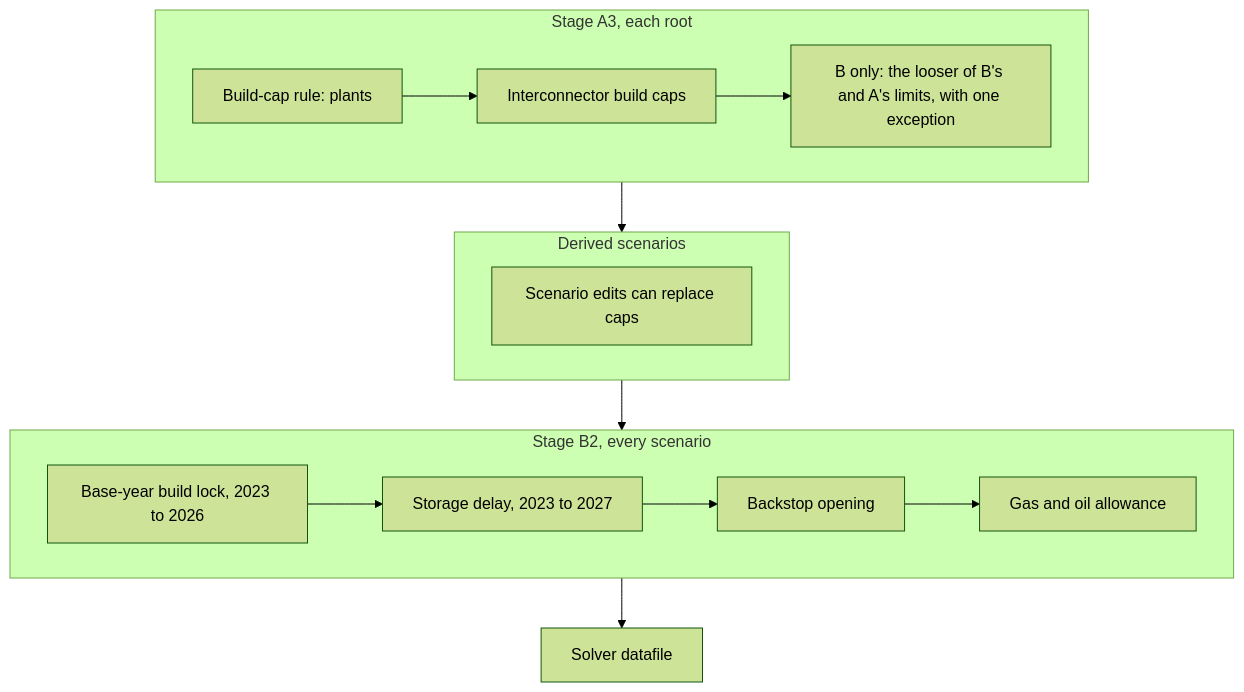
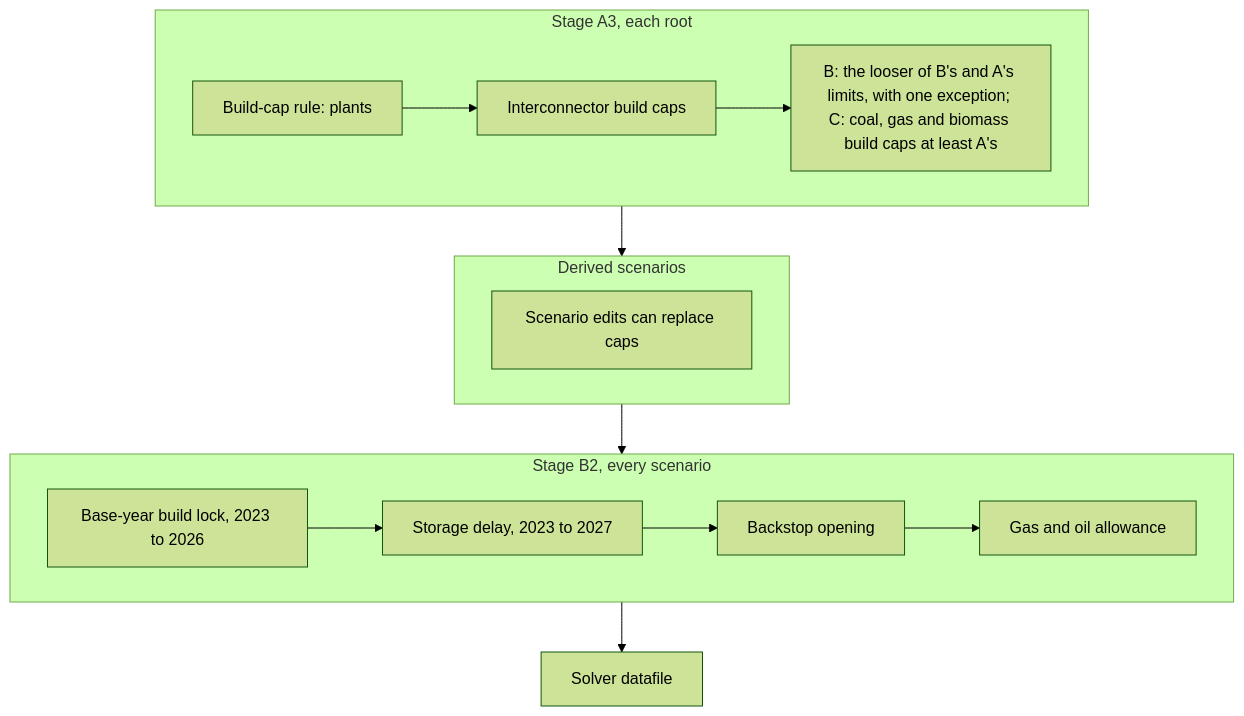
Before and after one commit to Climate-Lead-Group/OSTRAM: the first of 2 diagrams in docs/guides/build-limits.md, drawn with Mermaid (forest theme). The commit also changed other lines of this file and 1 other file, not shown here.

First line of the commit message:
docs: describe C's coal, gas and biomass build caps

````diff
--- a/docs/guides/build-limits.md
+++ b/docs/guides/build-limits.md
@@ -13,16 +13,16 @@
 ```mermaid
 flowchart TB
     subgraph A3["Stage A3, each root"]
         R["Build-cap rule: plants"] --> I["Interconnector build caps"]
-        I --> X["B only: the looser of B's and A's limits, with one exception"]
+        I --> X["B: the looser of B's and A's limits, with one exception; C: coal, gas and biomass build caps at least A's"]
     end
     subgraph DS["Derived scenarios"]
         E["Scenario edits can replace caps"]
     end
     subgraph B2["Stage B2, every scenario"]
         L["Base-year build lock, 2023 to 2026"] --> S["Storage delay, 2023 to 2027"]
         S --> BK["Backstop opening"]
         BK --> G["Gas and oil allowance"]
     end
     A3 --> DS --> B2 --> D["Solver datafile"]
 ```
````
